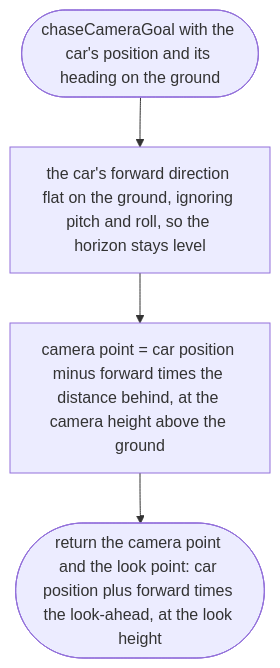
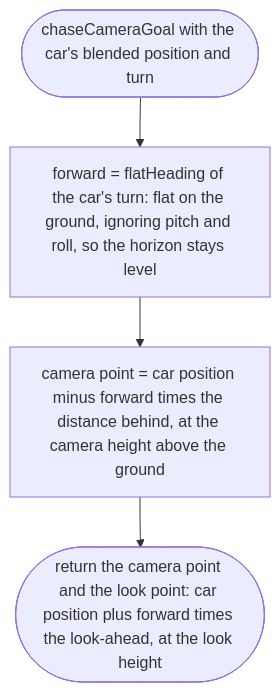
One commit to NewDara-Star/world-engine changed the second of 3 diagrams in docs/designs/src/camera/chase.md. Above: the diagram before and after it, drawn with Mermaid. The commit also changed other lines of this file and 41 other files, not shown here.

````diff
--- a/docs/designs/src/camera/chase.md
+++ b/docs/designs/src/camera/chase.md
@@ -32,8 +32,8 @@
 ```mermaid
 flowchart TD
-  s(["chaseCameraGoal with the car's position and its heading on the ground"])
-  a["the car's forward direction flat on the ground, ignoring pitch and roll, so the horizon stays level"]
+  s(["chaseCameraGoal with the car's blended position and turn"])
+  a["forward = flatHeading of the car's turn: flat on the ground, ignoring pitch and roll, so the horizon stays level"]
   b["camera point = car position minus forward times the distance behind, at the camera height above the ground"]
   c(["return the camera point and the look point: car position plus forward times the look-ahead, at the look height"])
   s --> a --> b --> c
 ```
````
